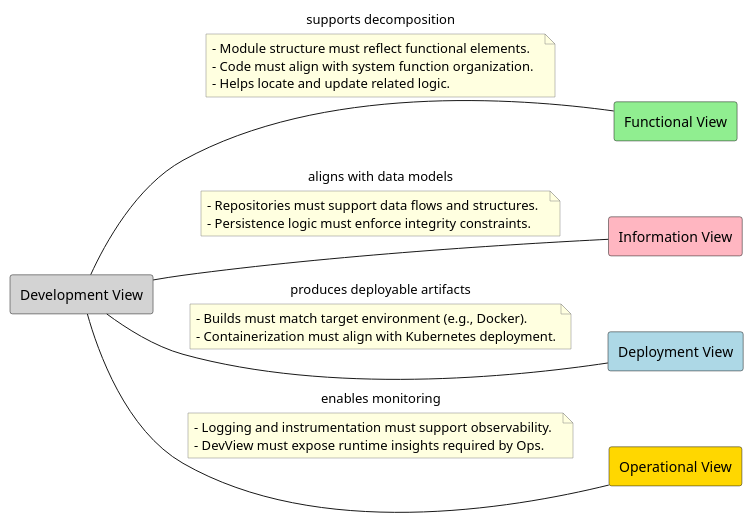
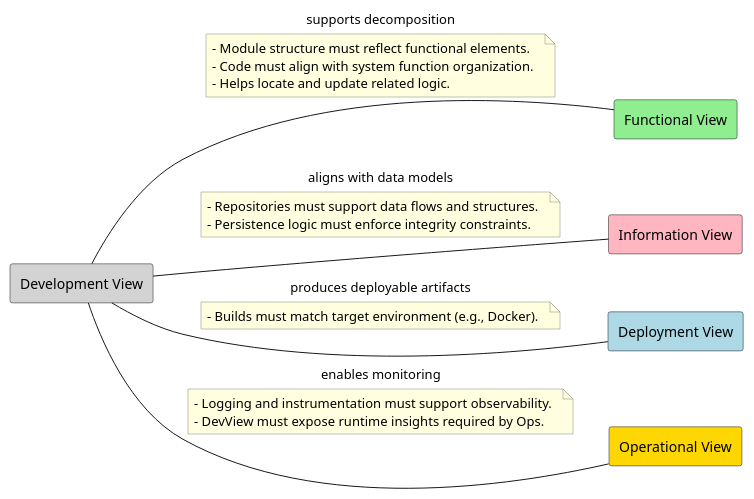
One commit to user5427/human-benchmark-PSI-2 changed the diagram in Documentation/LatexLab4/AutomationAndSections/Sections/5developmentView/plantUML/developmentview_crossview.puml. Above: the diagram before and after it, drawn with PlantUML. The commit also changed 1 other file, not shown here.

Commit message:
removed Kubernetes

```diff
--- a/Documentation/LatexLab4/AutomationAndSections/Sections/5developmentView/plantUML/developmentview_crossview.puml
+++ b/Documentation/LatexLab4/AutomationAndSections/Sections/5developmentView/plantUML/developmentview_crossview.puml
@@ -1,44 +1,43 @@
 @startuml DevelopmentView_Consistency
 
 skinparam componentStyle rectangle
 skinparam backgroundColor white
 skinparam noteBorderColor gray
 skinparam noteBackgroundColor lightyellow
 
 ' Define views
 component "Development View" as DevV #LightGray
 component "Functional View" as FV #LightGreen
 component "Information View" as IV #LightPink
 component "Deployment View" as DV #LightBlue
 component "Operational View" as OV #Gold
 
 ' Layout
 left to right direction
 
 ' Links and notes
 DevV -- FV : "supports decomposition"
 note on link
     - Module structure must reflect functional elements.  
     - Code must align with system function organization.  
     - Helps locate and update related logic.
 end note
 
 DevV -- IV : "aligns with data models"
 note on link
     - Repositories must support data flows and structures.  
     - Persistence logic must enforce integrity constraints.
 end note
 
 DevV -- DV : "produces deployable artifacts"
 note on link
     - Builds must match target environment (e.g., Docker).  
-    - Containerization must align with Kubernetes deployment.
 end note
 
 DevV -- OV : "enables monitoring"
 note on link
     - Logging and instrumentation must support observability.  
     - DevView must expose runtime insights required by Ops.
 end note
 
 @enduml
```
